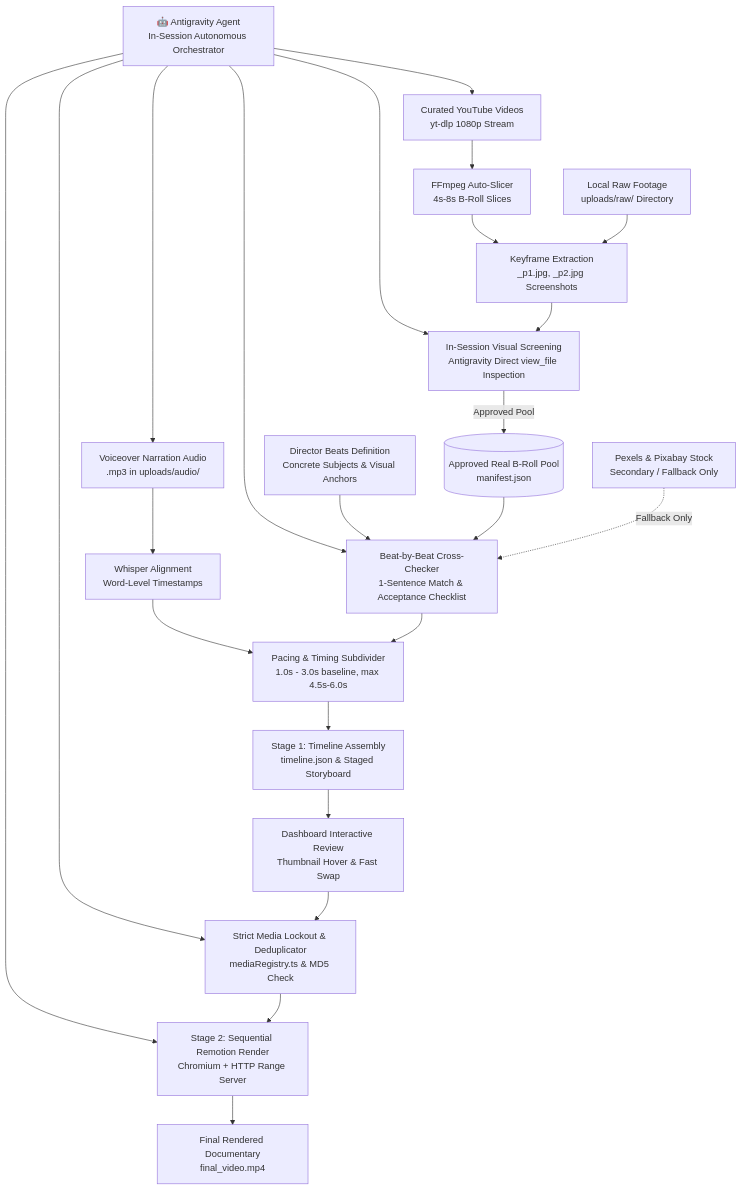
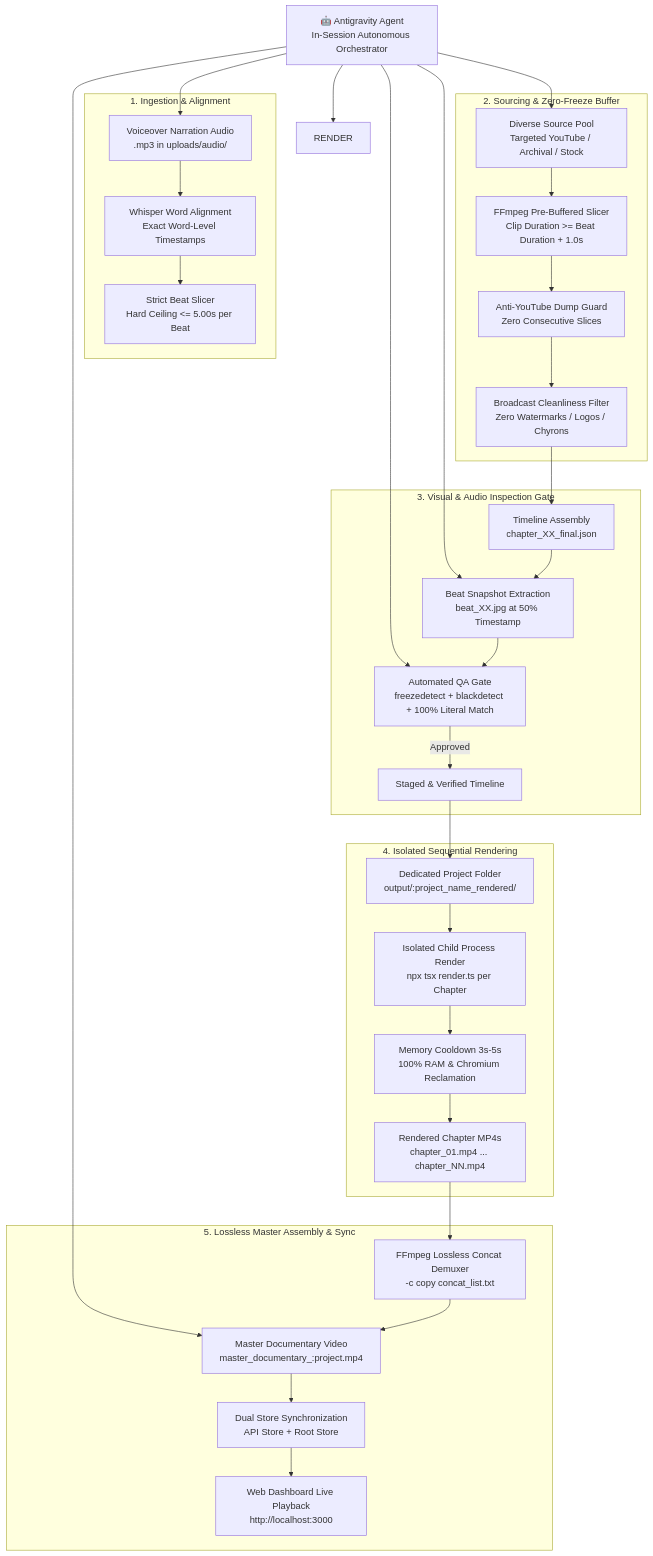
The diagram in docs/ANTIGRAVITY_AUTOMATION_GUIDE.md (Karthik73965/BlokeTuber), drawn with Mermaid before and after one commit. The commit also changed other lines of this file and 199 other files, not shown here.

Commit message:
feat(pipeline): overhaul beat duration ceiling (<=5s), zero-freeze buffer, and Antigravity automation guide

````diff
--- a/docs/ANTIGRAVITY_AUTOMATION_GUIDE.md
+++ b/docs/ANTIGRAVITY_AUTOMATION_GUIDE.md
@@ -28,32 +28,41 @@
 ```mermaid
 flowchart TD
     AGENT[🤖 Antigravity Agent\nIn-Session Autonomous Orchestrator] --> AUDIO
-    AGENT --> YT
-    AGENT --> SCREEN
-    AGENT --> CROSS
-    AGENT --> DEDUP
+    AGENT --> SOURCING
+    AGENT --> SNAPSHOTS
+    AGENT --> QA_AUDIT
     AGENT --> RENDER
+    AGENT --> MASTER
 
-    AUDIO[Voiceover Narration Audio\n.mp3 in uploads/audio/] --> WHISPER[Whisper Alignment\nWord-Level Timestamps]
-    
-    YT[Curated YouTube Videos\nyt-dlp 1080p Stream] --> SLICE[FFmpeg Auto-Slicer\n4s-8s B-Roll Slices]
-    SLICE --> SHOTS[Keyframe Extraction\n_p1.jpg, _p2.jpg Screenshots]
-    RAW[Local Raw Footage\nuploads/raw/ Directory] --> SHOTS
-    
-    SHOTS --> SCREEN[In-Session Visual Screening\nAntigravity Direct view_file Inspection]
-    SCREEN -->|Approved Pool| POOL[(Approved Real B-Roll Pool\nmanifest.json)]
-    
-    BEATS[Director Beats Definition\nConcrete Subjects & Visual Anchors] --> CROSS[Beat-by-Beat Cross-Checker\n1-Sentence Match & Acceptance Checklist]
-    POOL --> CROSS
-    STOCK[Pexels & Pixabay Stock\nSecondary / Fallback Only] -.->|Fallback Only| CROSS
-    
-    WHISPER --> SUB[Pacing & Timing Subdivider\n1.0s - 3.0s baseline, max 4.5s-6.0s]
-    CROSS --> SUB
-    
-    SUB --> STAGE[Stage 1: Timeline Assembly\ntimeline.json & Staged Storyboard]
-    STAGE --> UI[Dashboard Interactive Review\nThumbnail Hover & Fast Swap]
-    
-    UI --> DEDUP[Strict Media Lockout & Deduplicator\nmediaRegistry.ts & MD5 Check]
-    DEDUP --> RENDER[Stage 2: Sequential Remotion Render\nChromium + HTTP Range Server]
-    RENDER --> FINAL[Final Rendered Documentary\nfinal_video.mp4]
+    subgraph INGESTION["1. Ingestion & Alignment"]
+        AUDIO[Voiceover Narration Audio\n.mp3 in uploads/audio/] --> WHISPER[Whisper Word Alignment\nExact Word-Level Timestamps]
+        WHISPER --> BEAT_SPLIT[Strict Beat Slicer\nHard Ceiling <= 5.00s per Beat]
+    end
+
+    subgraph CURATION["2. Sourcing & Zero-Freeze Buffer"]
+        SOURCING[Diverse Source Pool\nTargeted YouTube / Archival / Stock] --> SLICE[FFmpeg Pre-Buffered Slicer\nClip Duration >= Beat Duration + 1.0s]
+        SLICE --> DIVERSITY[Anti-YouTube Dump Guard\nZero Consecutive Slices]
+        DIVERSITY --> CLEANLINESS[Broadcast Cleanliness Filter\nZero Watermarks / Logos / Chyrons]
+    end
+
+    subgraph VERIFICATION["3. Visual & Audio Inspection Gate"]
+        CLEANLINESS --> TIMELINE[Timeline Assembly\nchapter_XX_final.json]
+        TIMELINE --> SNAPSHOTS[Beat Snapshot Extraction\nbeat_XX.jpg at 50% Timestamp]
+        SNAPSHOTS --> QA_AUDIT[Automated QA Gate\nfreezedetect + blackdetect + 100% Literal Match]
+        QA_AUDIT -->|Approved| STAGE[Staged & Verified Timeline]
+    end
+
+    subgraph SEQUENTIAL_RENDER["4. Isolated Sequential Rendering"]
+        STAGE --> DEDICATED[Dedicated Project Folder\noutput/:project_name_rendered/]
+        DEDICATED --> ISOLATED[Isolated Child Process Render\nnpx tsx render.ts per Chapter]
+        ISOLATED --> COOLDOWN[Memory Cooldown 3s-5s\n100% RAM & Chromium Reclamation]
+        COOLDOWN --> MP4S[Rendered Chapter MP4s\nchapter_01.mp4 ... chapter_NN.mp4]
+    end
+
+    subgraph ASSEMBLY["5. Lossless Master Assembly & Sync"]
+        MP4S --> CONCAT[FFmpeg Lossless Concat Demuxer\n-c copy concat_list.txt]
+        CONCAT --> MASTER[Master Documentary Video\nmaster_documentary_:project.mp4]
+        MASTER --> STORE[Dual Store Synchronization\nAPI Store + Root Store]
+        STORE --> UI[Web Dashboard Live Playback\nhttp://localhost:3000]
+    end
 ```
````
